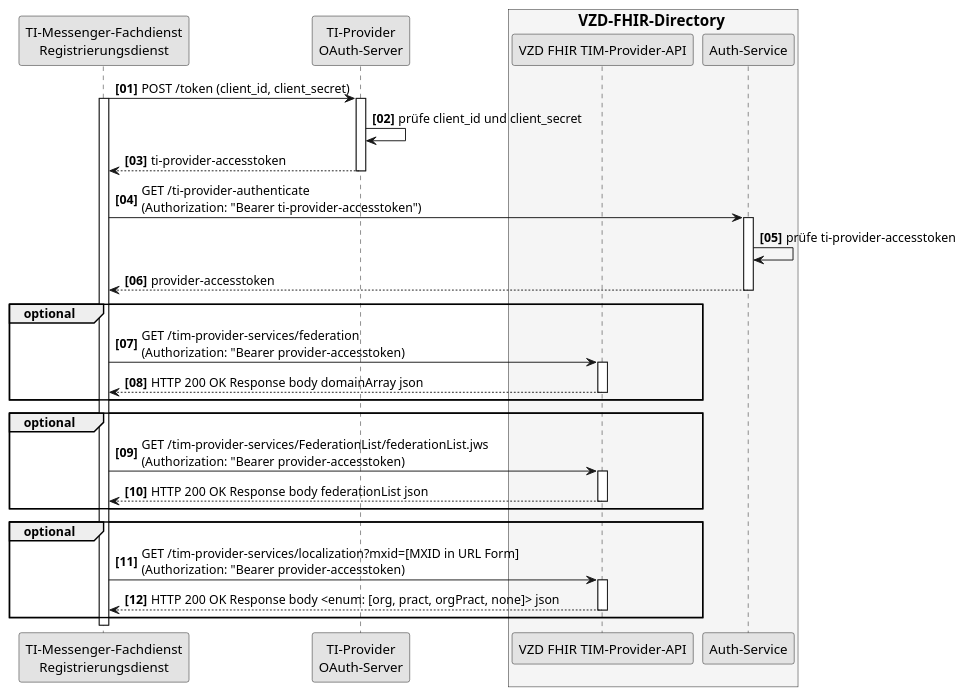
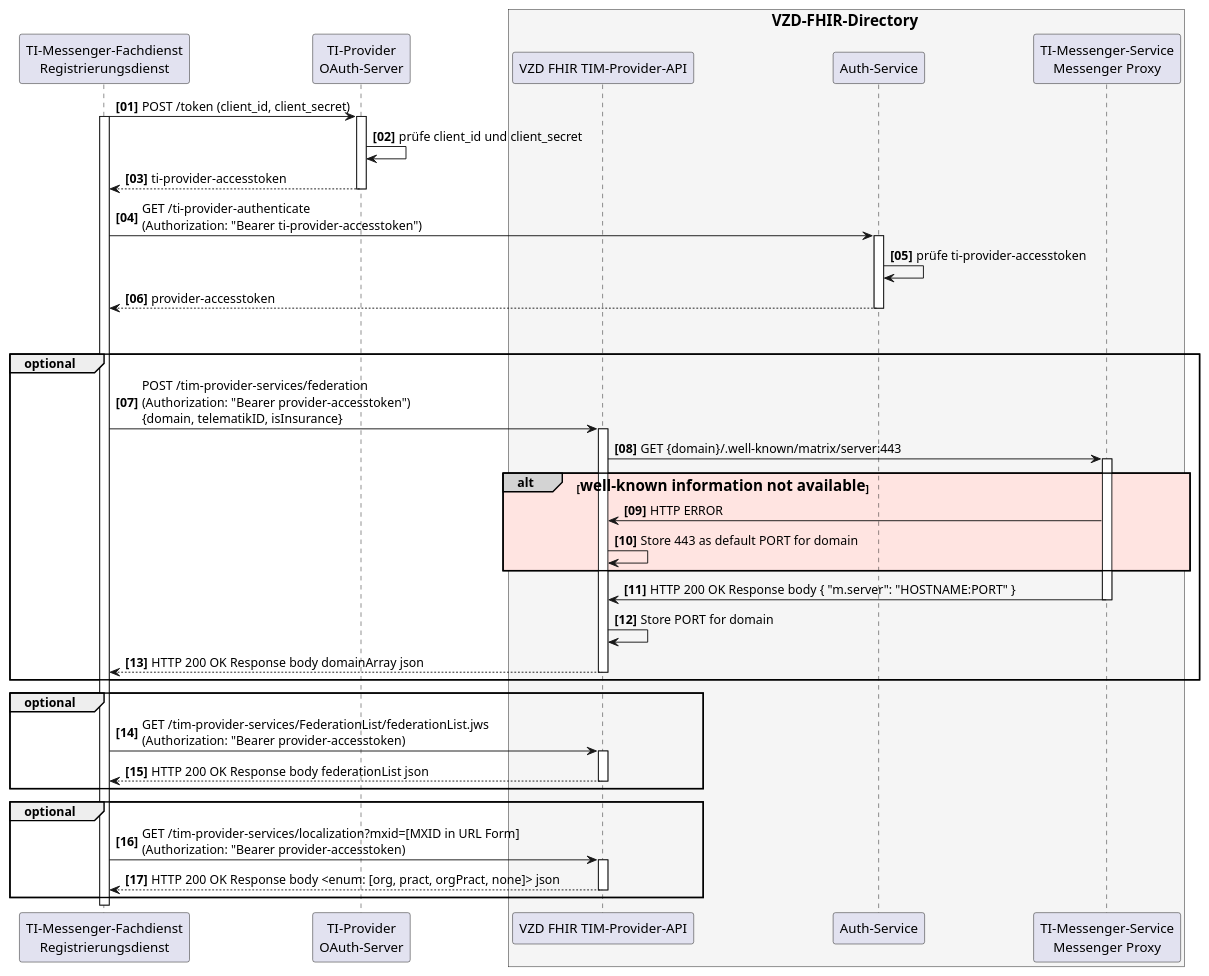
One commit to gematik/api-vzd changed the diagram in src/plantuml/SequenceDiagram.FHIR-Directory.tim_provider_services.puml. Above: the diagram before and after it, drawn with PlantUML. The commit also changed 1 other file, not shown here.

Commit message:
added PORT discovery

```diff
--- a/src/plantuml/SequenceDiagram.FHIR-Directory.tim_provider_services.puml
+++ b/src/plantuml/SequenceDiagram.FHIR-Directory.tim_provider_services.puml
@@ -1,46 +1,59 @@
 @startuml SequenceDiagram.FHIR-Directory.tim_provider_services
 skinparam dpi 100
 skinparam WrapWidth 200
-skinparam monochrome true
+skinparam monochrome false
 autonumber "<b>[00]"
 
 participant rd as "TI-Messenger-Fachdienst\nRegistrierungsdienst"
 participant oa as "TI-Provider\nOAuth-Server"
 box <size:16>VZD-FHIR-Directory</size> #WhiteSmoke
 participant fp as "VZD FHIR TIM-Provider-API"
 participant fa as "Auth-Service"
+participant hs as "TI-Messenger-Service\nMessenger Proxy"
 end box
 
 rd -> oa: POST /token (client_id, client_secret)
 activate rd
 activate oa
 oa -> oa: prüfe client_id und client_secret
 oa --> rd: ti-provider-accesstoken
 deactivate oa
 
 rd -> fa: GET /ti-provider-authenticate\n(Authorization: "Bearer ti-provider-accesstoken")
 activate fa
 fa -> fa: prüfe ti-provider-accesstoken
 fa --> rd: provider-accesstoken
 deactivate fa
 
+alt#LightGrey #MISTYROSE  <size:16>Matrix-Domain nicht in der Föderation enthalten</size>
 group optional
-rd -> fp: GET /tim-provider-services/federation\n(Authorization: "Bearer provider-accesstoken)
+rd -> fp: POST /tim-provider-services/federation\n(Authorization: "Bearer provider-accesstoken")\n{domain, telematikID, isInsurance}
 activate fp
+fp -> hs: GET {domain}/.well-known/matrix/server:443
+activate hs
+alt#LightGrey #MISTYROSE  <size:16>well-known information not available</size>
+hs -> fp: HTTP ERROR 
+fp -> fp: Store 443 as default PORT for domain
+end
+
+hs -> fp : HTTP 200 OK Response body { "m.server": "HOSTNAME:PORT" }
+deactivate hs
+fp -> fp : Store PORT for domain
+
 fp --> rd: HTTP 200 OK Response body domainArray json
 deactivate fp
 end
 group optional
 rd -> fp: GET /tim-provider-services/FederationList/federationList.jws\n(Authorization: "Bearer provider-accesstoken)
 activate fp
 fp --> rd: HTTP 200 OK Response body federationList json
 deactivate fp
 end
 group optional
 rd -> fp: GET /tim-provider-services/localization?mxid=[MXID in URL Form]\n(Authorization: "Bearer provider-accesstoken)
 activate fp
 fp --> rd: HTTP 200 OK Response body <enum: [org, pract, orgPract, none]> json
 deactivate fp
 end
 
 @enduml
```
